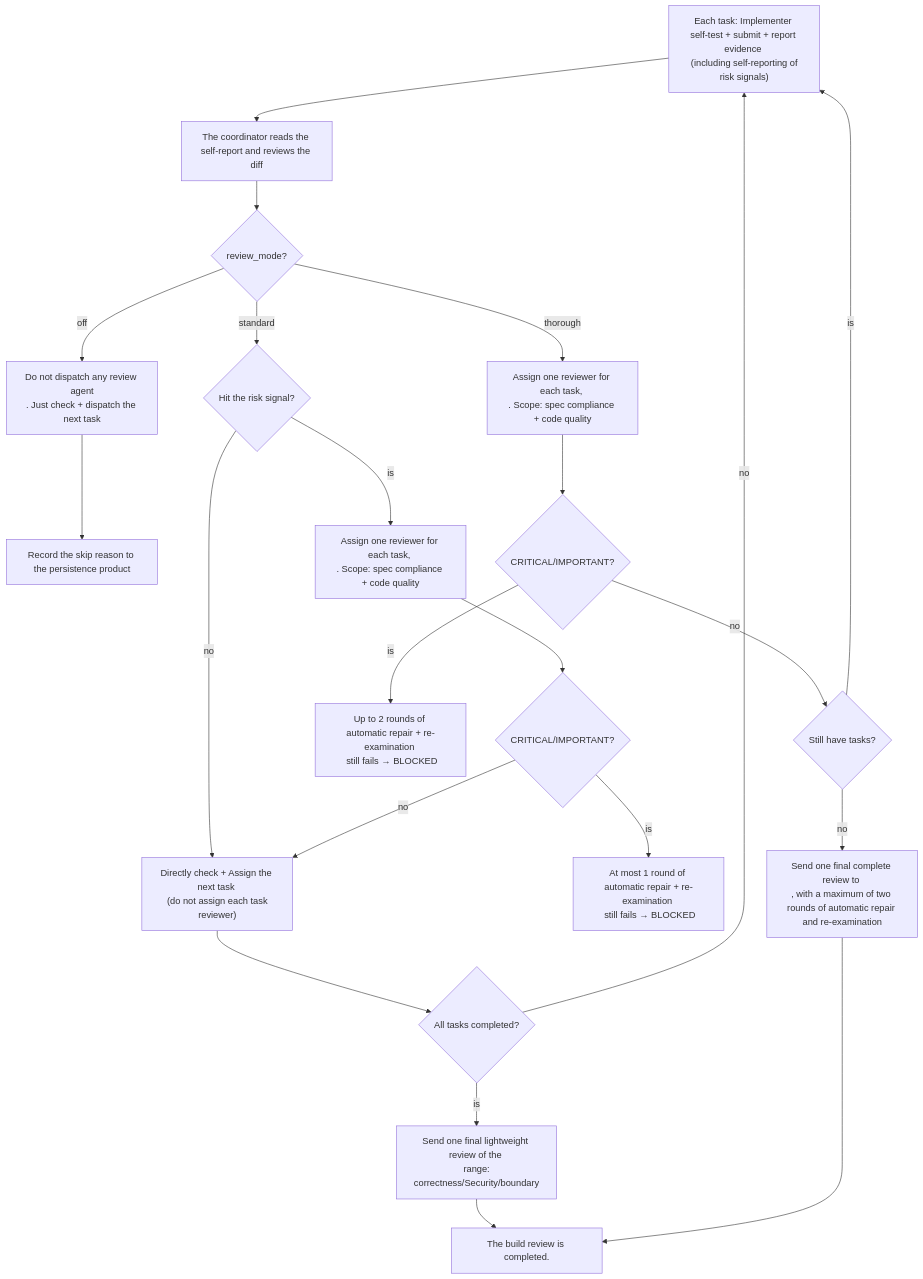
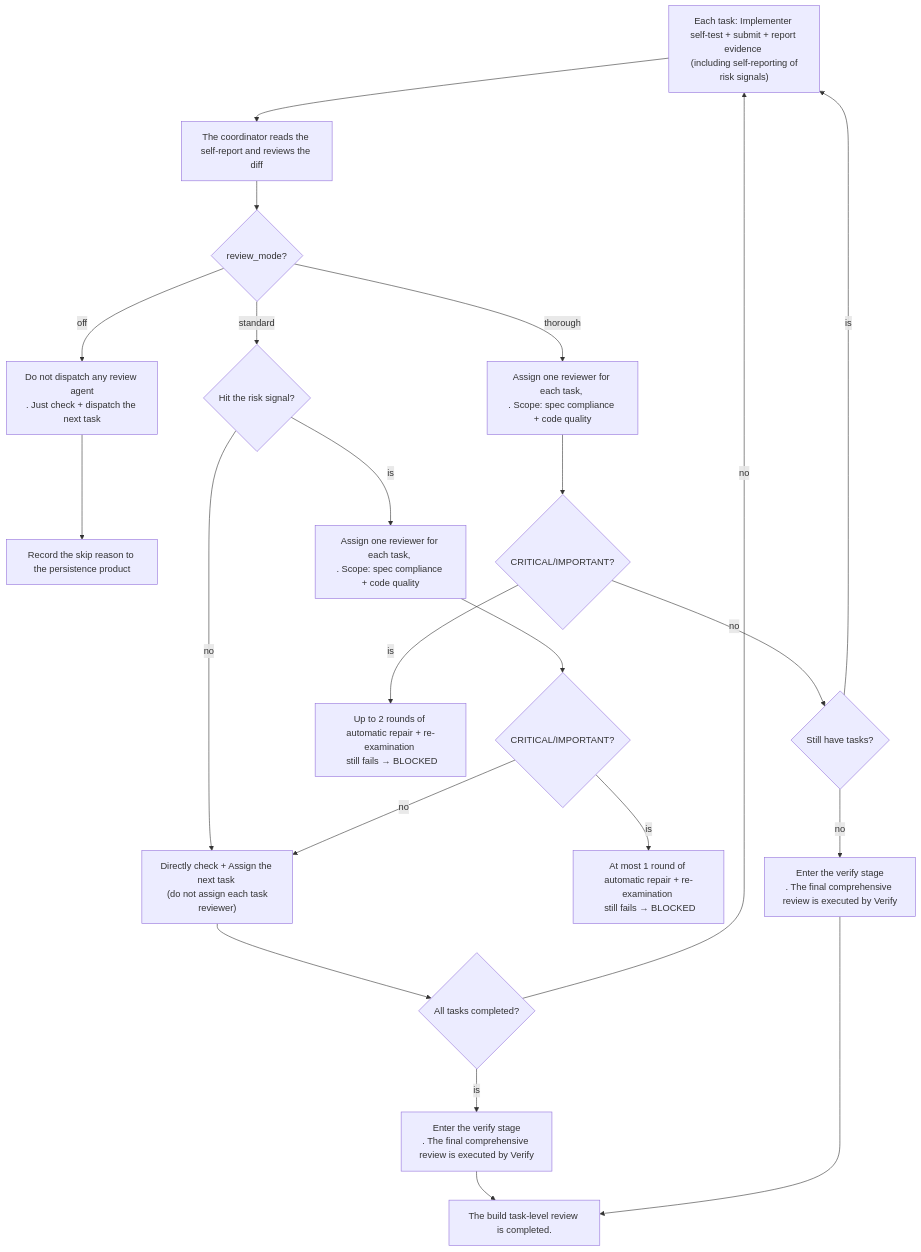
Before and after one commit to rpamis/comet-website-docs: the diagram in en/concepts/review-mode.mdx, drawn with Mermaid. The commit also changed other lines of this file and 34 other files, not shown here.

````diff
--- a/en/concepts/review-mode.mdx
+++ b/en/concepts/review-mode.mdx
@@ -84,27 +84,27 @@
 ```mermaid
 flowchart TD
     Start["Each task: Implementer self-test + submit + report evidence <br/> (including self-reporting of risk signals)"] --> Coord["The coordinator reads the self-report and reviews the diff"]
     Coord --> Q{"review_mode?"}
 
     Q -->|off| OFF["Do not dispatch any review agent<br/>. Just check + dispatch the next task"]
     OFF --> OFFR["Record the skip reason to the persistence product"]
 
     Q -->|standard| STRISK{"Hit the risk signal?"}
     STRISK -->|no| STSKIP["Directly check + Assign the next task <br/> (do not assign each task reviewer)"]
     STRISK -->|is| STRV["Assign one reviewer for each task, <br/>. Scope: spec compliance + code quality"]
     STRV --> STFX{"CRITICAL/IMPORTANT?"}
     STFX -->|is| STFIX["At most 1 round of automatic repair + re-examination <br/> still fails → BLOCKED"]
     STFX -->|no| STSKIP
     STSKIP --> STFIN{"All tasks completed?"}
     STFIN -->|no| Start
-    STFIN -->|is| STFINAL["Send one final lightweight review of the <br/> range: correctness/Security/boundary"]
+    STFIN -->|is| STFINAL["Enter the verify stage<br/>. The final comprehensive review is executed by Verify"]
     STFINAL --> DONE
 
     Q -->|thorough| THRV["Assign one reviewer for each task, <br/>. Scope: spec compliance + code quality"]
     THRV --> THFX{"CRITICAL/IMPORTANT?"}
     THFX -->|is| THFIX["Up to 2 rounds of automatic repair + re-examination <br/> still fails → BLOCKED"]
     THFX -->|no| THNEXT{"Still have tasks?"}
     THNEXT -->|is| Start
-    THNEXT -->|no| THFINAL["Send one final complete review to <br/>, with a maximum of two rounds of automatic repair and re-examination"]
-    THFINAL --> DONE["The build review is completed."]
+    THNEXT -->|no| THFINAL["Enter the verify stage<br/>. The final comprehensive review is executed by Verify"]
+    THFINAL --> DONE["The build task-level review is completed."]
 ```
````
